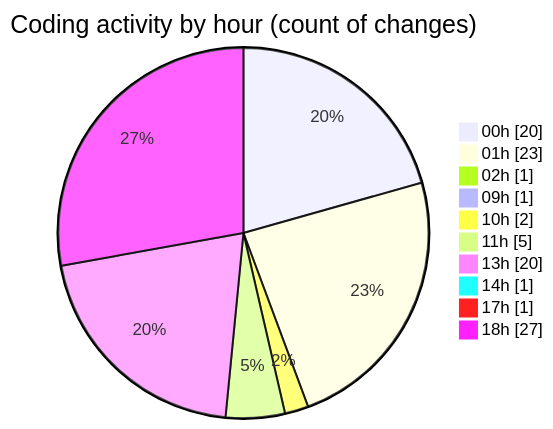
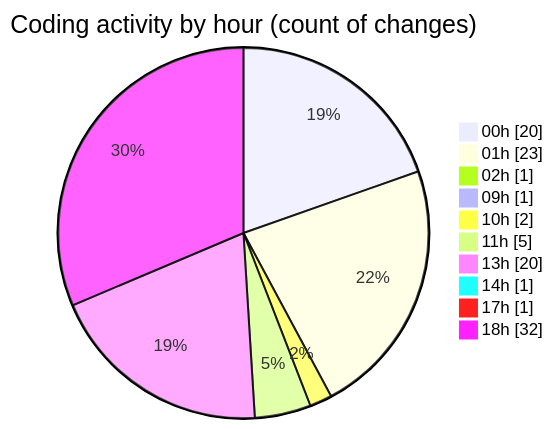
Before and after one commit to julien-gomy/code-tracking: the second of 2 diagrams in 2025-10-16/eventscop-frontend-guide__workspace_/README.md, drawn with Mermaid. The commit also changed other lines of this file and 1 other file, not shown here.

````diff
--- a/2025-10-16/eventscop-frontend-guide__workspace_/README.md
+++ b/2025-10-16/eventscop-frontend-guide__workspace_/README.md
@@ -58,14 +58,14 @@
 ```mermaid
 pie showData
 title Coding activity by hour (count of changes)
 "00h" : 20
 "01h" : 23
 "02h" : 1
 "09h" : 1
 "10h" : 2
 "11h" : 5
 "13h" : 20
 "14h" : 1
 "17h" : 1
-"18h" : 27
+"18h" : 32
 ```
````
